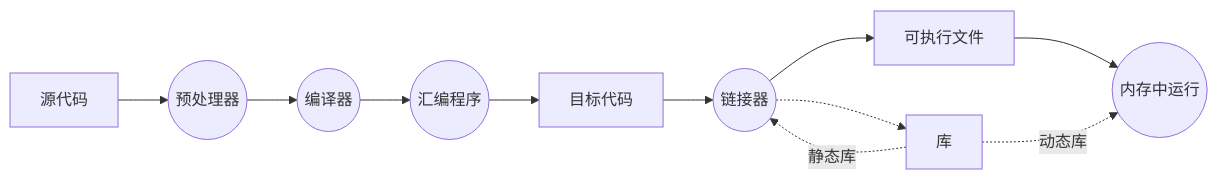
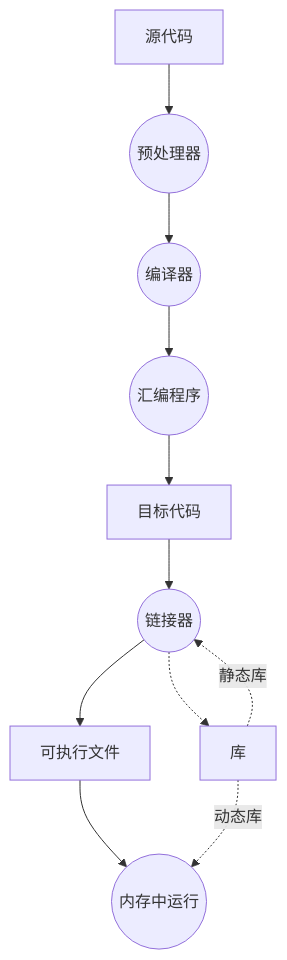
Before and after one commit to feizhanxia/useCXXLibs: the diagram in README.md, drawn with Mermaid. The commit also changed other lines of this file and 6 other files, not shown here.

````diff
--- a/README.md
+++ b/README.md
@@ -26,19 +30,19 @@
 ```mermaid
-flowchart LR
+flowchart TB
 A[源代码]
 B((预处理器))
 C[目标代码]
 D((编译器))
 E[可执行文件]
 F((汇编程序))
 G[库]
 H((链接器))
 I((内存中运行))
 G-.静态库.->H
 H-.->G
 F-->C-->H-->E-->I
 A-->B-->D-->F
 G-.动态库.->I
 
 
 ```
````
